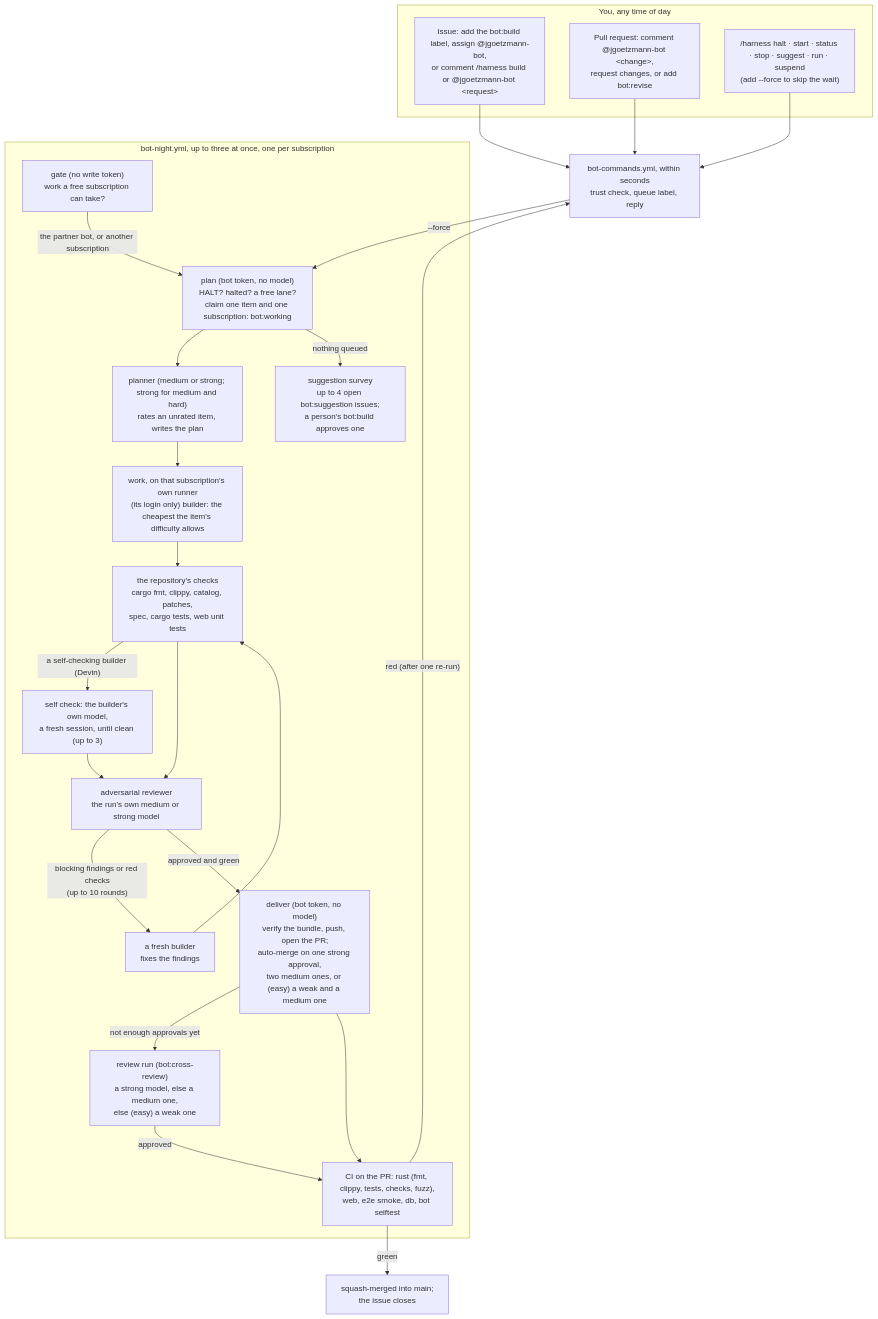
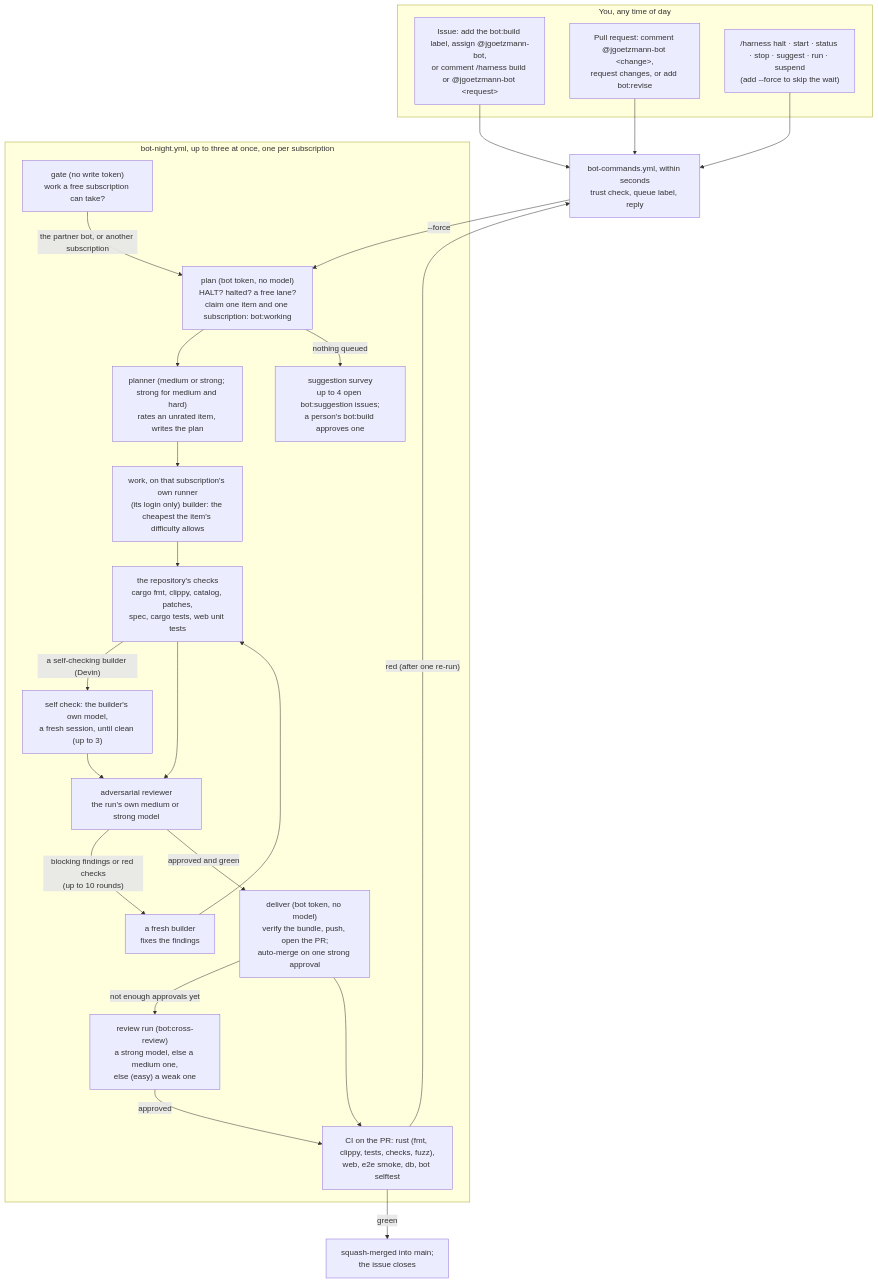
Before and after one commit to Jlore-Studios/JackiOh: the diagram in bot/README.md, drawn with Mermaid. The commit also changed other lines of this file and 31 other files, not shown here.

First line of the commit message:
Night bot lanes per difficulty with token counts and Strong-only review

````diff
--- a/bot/README.md
+++ b/bot/README.md
@@ -29,33 +30,33 @@
 ```mermaid
 flowchart TD
   subgraph you["You, any time of day"]
     I["Issue: add the bot:build label, assign @jgoetzmann-bot,<br/>or comment /harness build or @jgoetzmann-bot &lt;request&gt;"]
     P["Pull request: comment @jgoetzmann-bot &lt;change&gt;,<br/>request changes, or add bot:revise"]
     K["/harness halt · start · status · stop · suggest · run · suspend<br/>(add --force to skip the wait)"]
   end
   I --> E
   P --> E
   K --> E
   E["bot-commands.yml, within seconds<br/>trust check, queue label, reply"]
   E -- "--force" --> PL
   subgraph night["bot-night.yml, up to three at once, one per subscription"]
     GA["gate (no write token)<br/>work a free subscription can take?"]
     GA -- "the partner bot, or another subscription" --> PL
     PL["plan (bot token, no model)<br/>HALT? halted? a free lane?<br/>claim one item and one subscription: bot:working"]
     PL --> PN["planner (medium or strong; strong for medium and hard)<br/>rates an unrated item, writes the plan"]
     PN --> B["work, on that subscription's own runner<br/>(its login only) builder: the cheapest the item's difficulty allows"]
     B --> G["the repository's checks<br/>cargo fmt, clippy, catalog, patches,<br/>spec, cargo tests, web unit tests"]
     G -- "a self-checking builder (Devin)" --> SC["self check: the builder's own model,<br/>a fresh session, until clean (up to 3)"]
     SC --> R
     G --> R["adversarial reviewer<br/>the run's own medium or strong model"]
     R -- "blocking findings or red checks<br/>(up to 10 rounds)" --> F["a fresh builder<br/>fixes the findings"]
     F --> G
-    R -- "approved and green" --> D["deliver (bot token, no model)<br/>verify the bundle, push, open the PR;<br/>auto-merge on one strong approval,<br/>two medium ones, or (easy) a weak and a medium one"]
+    R -- "approved and green" --> D["deliver (bot token, no model)<br/>verify the bundle, push, open the PR;<br/>auto-merge on one strong approval"]
     D -- "not enough approvals yet" --> X["review run (bot:cross-review)<br/>a strong model, else a medium one,<br/>else (easy) a weak one"]
     X -- "approved" --> CI
     PL -- "nothing queued" --> S["suggestion survey<br/>up to 4 open bot:suggestion issues;<br/>a person's bot:build approves one"]
   end
   D --> CI["CI on the PR: rust (fmt, clippy, tests, checks, fuzz),<br/>web, e2e smoke, db, bot selftest"]
   CI -- "green" --> M["squash-merged into main;<br/>the issue closes"]
   CI -- "red (after one re-run)" --> E
 ```
````
